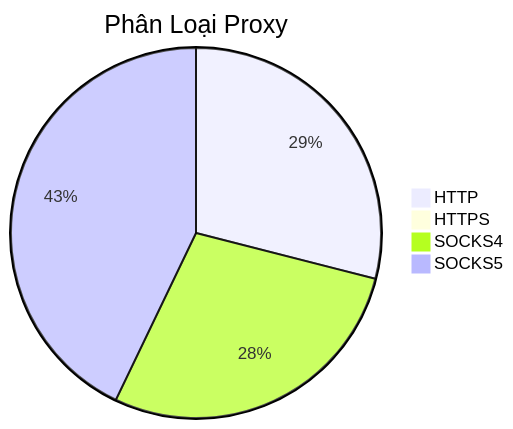
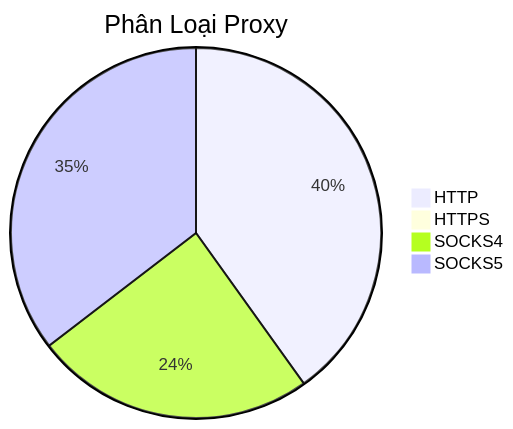
One commit to Ciara-12/PROXY-free changed the diagram in README.md. Above: the diagram before and after it, drawn with Mermaid. The commit also changed other lines of this file and 3 other files, not shown here.

````diff
--- a/README.md
+++ b/README.md
@@ -26,7 +26,7 @@
 ```mermaid
 pie title Phân Loại Proxy
-    "HTTP" : 488
+    "HTTP" : 829
     "HTTPS" : 0
-    "SOCKS4" : 474
-    "SOCKS5" : 722
+    "SOCKS4" : 506
+    "SOCKS5" : 732
 ```
````
